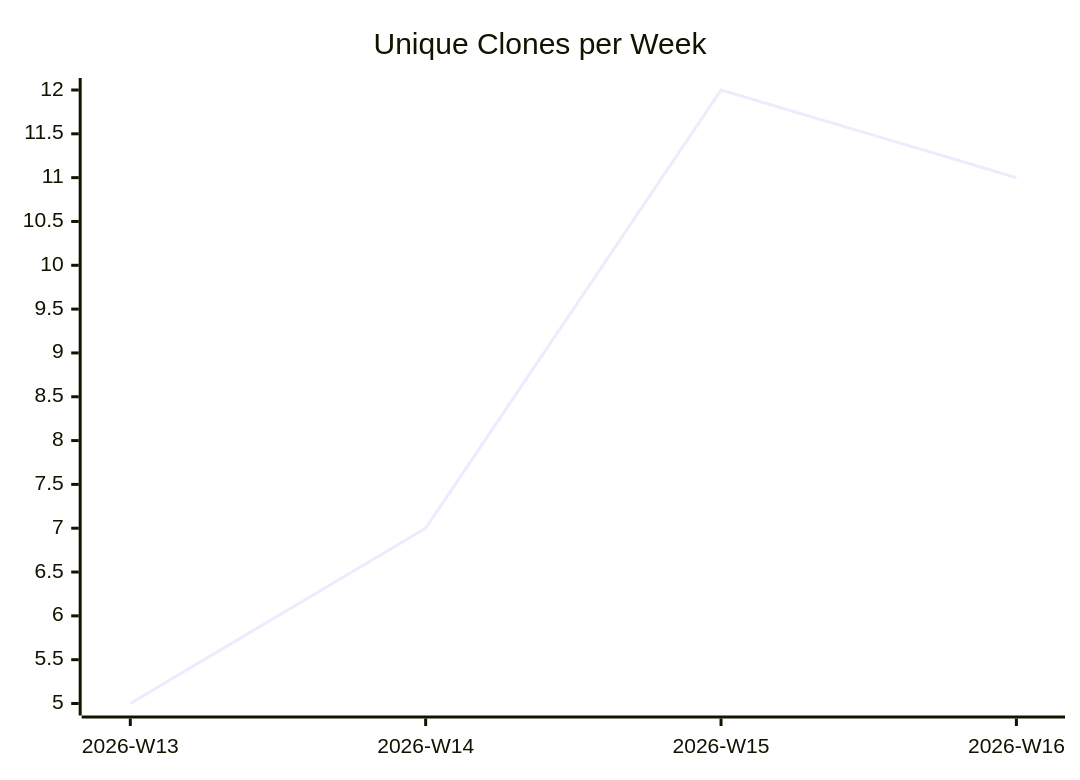
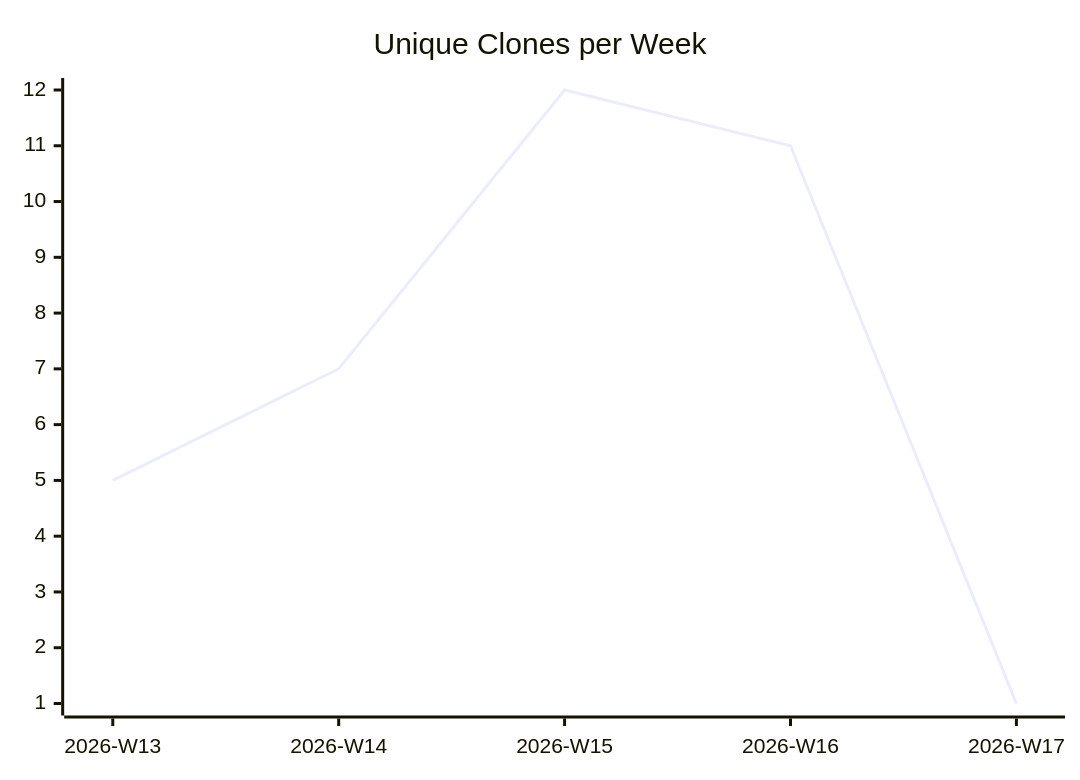
One commit to justdavis-family/github-analytics-data changed the third of 3 diagrams in karlmdavis/fhir-benchmarks/README.md. Above: the diagram before and after it, drawn with Mermaid. The commit also changed other lines of this file and 192 other files, not shown here.

````diff
--- a/karlmdavis/fhir-benchmarks/README.md
+++ b/karlmdavis/fhir-benchmarks/README.md
@@ -19,6 +19,6 @@
 ```mermaid
 xychart-beta
   title "Unique Clones per Week"
-  x-axis ["2026-W13", "2026-W14", "2026-W15", "2026-W16"]
-  line [5, 7, 12, 11]
+  x-axis ["2026-W13", "2026-W14", "2026-W15", "2026-W16", "2026-W17"]
+  line [5, 7, 12, 11, 1]
 ```
````
